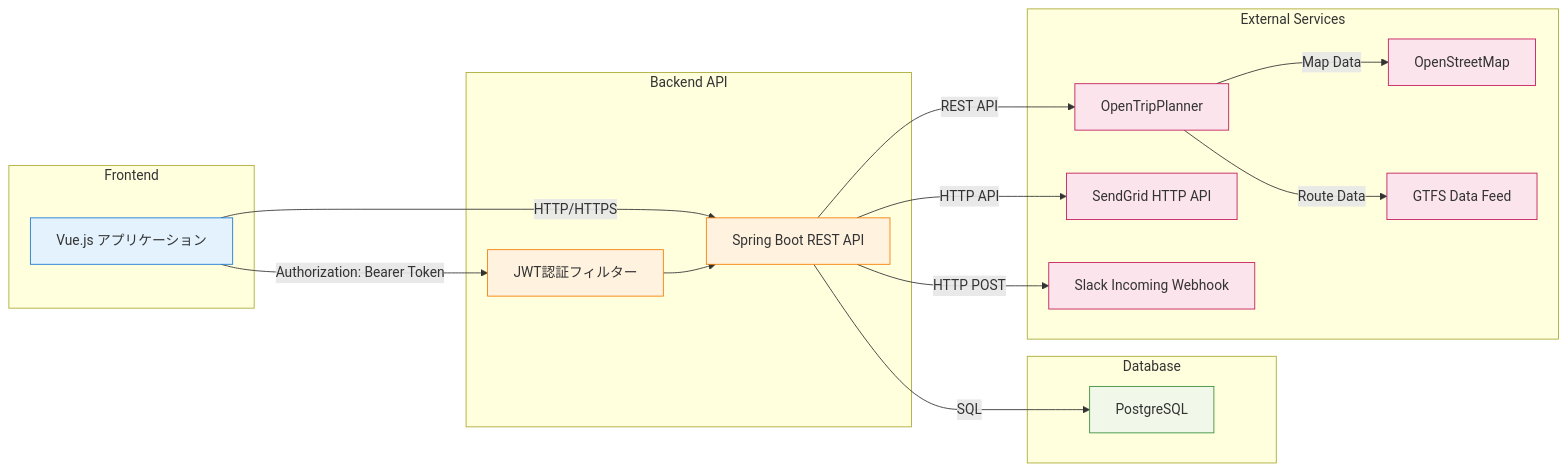
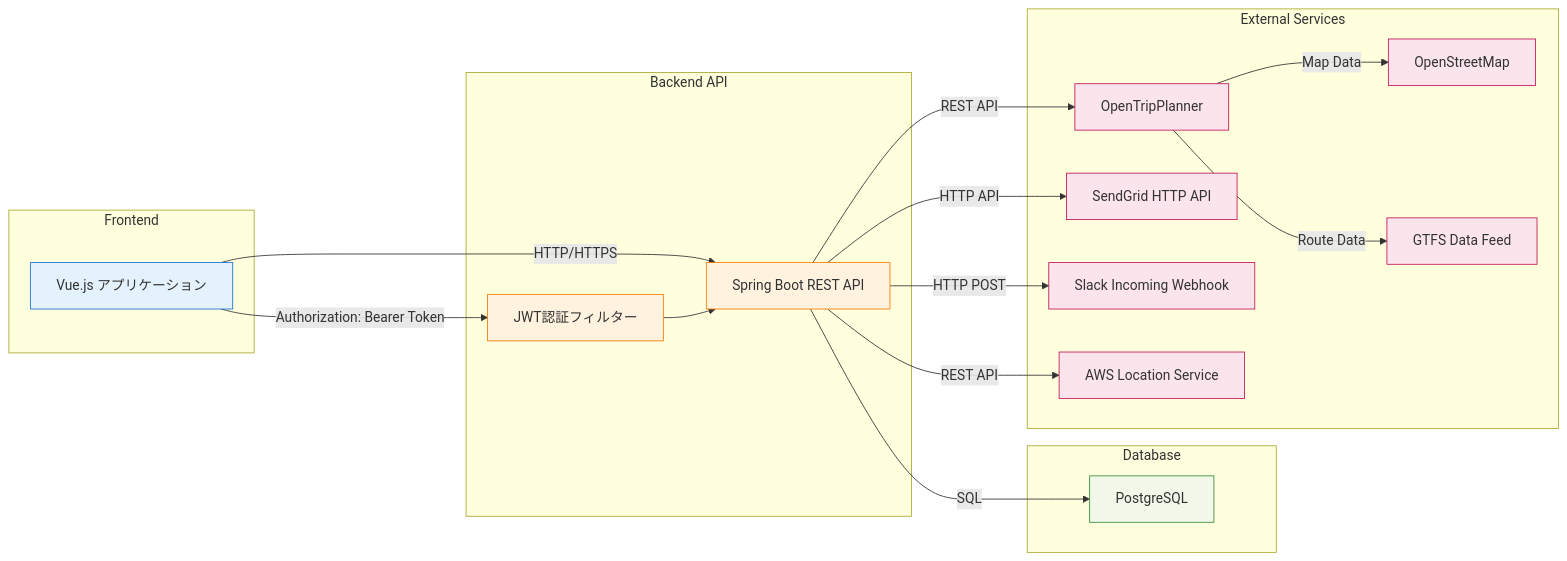
One commit to taichi0373/kumamoto-henno-map changed the first of 2 diagrams in docs/04_interfaces/api_spec.md. Above: the diagram before and after it, drawn with Mermaid. The commit also changed other lines of this file and 52 other files, not shown here.

````diff
--- a/docs/04_interfaces/api_spec.md
+++ b/docs/04_interfaces/api_spec.md
@@ -23,43 +23,45 @@
 ```mermaid
 graph LR
     subgraph "Frontend"
         FE[Vue.js アプリケーション]
     end
 
     subgraph "Backend API"
         API[Spring Boot REST API]
         AUTH[JWT認証フィルター]
     end
 
     subgraph "Database"
         DB[PostgreSQL]
     end
 
     subgraph "External Services"
         OTP[OpenTripPlanner]
         OSM[OpenStreetMap]
         GTFS[GTFS Data Feed]
         MAIL[SendGrid HTTP API]
         SLACK[Slack Incoming Webhook]
+        AWS[AWS Location Service]
     end
 
     FE -->|Authorization: Bearer Token| AUTH
     FE -->|HTTP/HTTPS| API
     AUTH --> API
     API -->|SQL| DB
     API -->|REST API| OTP
     API -->|HTTP API| MAIL
     API -->|HTTP POST| SLACK
+    API -->|REST API| AWS
     OTP -->|Map Data| OSM
     OTP -->|Route Data| GTFS
 
     classDef frontend fill:#e3f2fd,stroke:#1976d2
     classDef backend fill:#fff3e0,stroke:#f57c00
     classDef database fill:#f1f8e9,stroke:#388e3c
     classDef external fill:#fce4ec,stroke:#c2185b
 
     class FE frontend
     class API,AUTH backend
     class DB database
-    class OTP,OSM,GTFS,MAIL,SLACK external
+    class OTP,OSM,GTFS,MAIL,SLACK,AWS external
 ```
````
